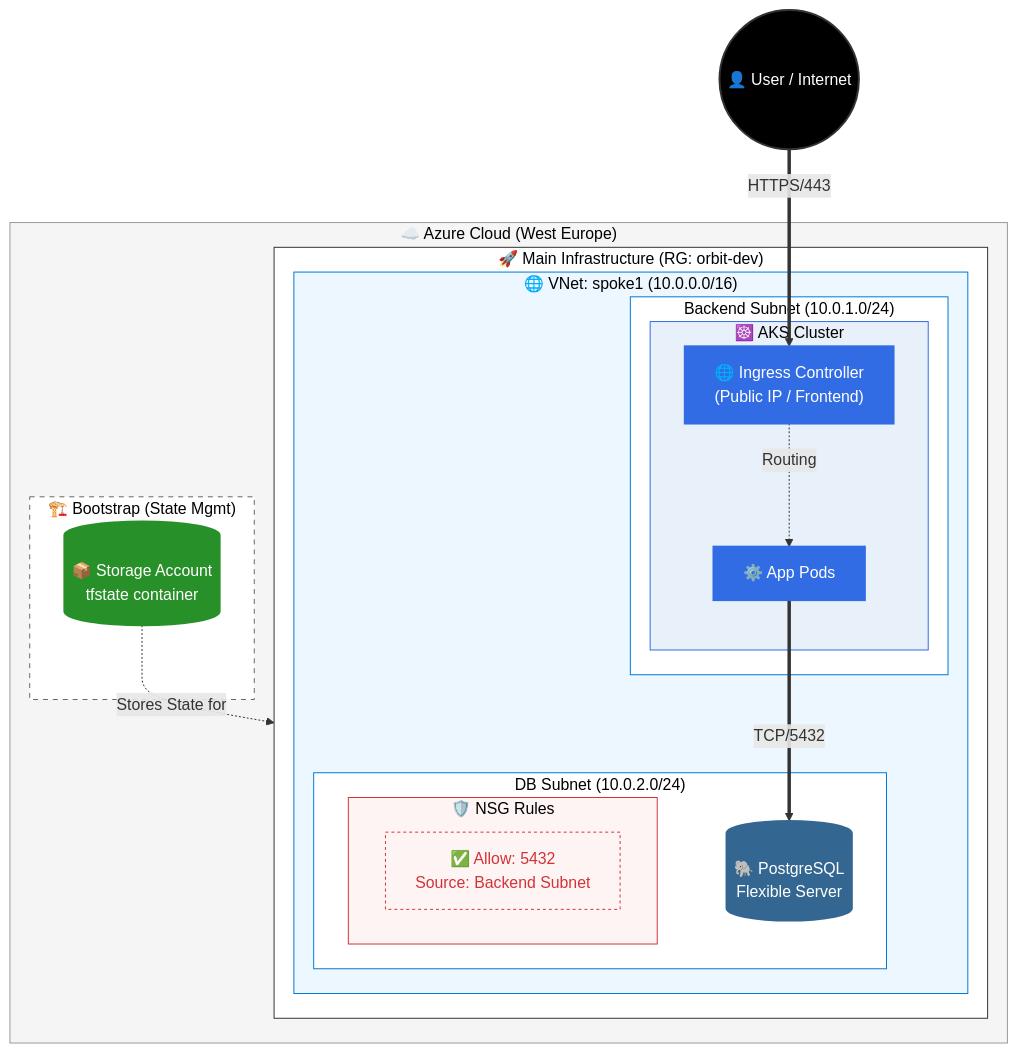
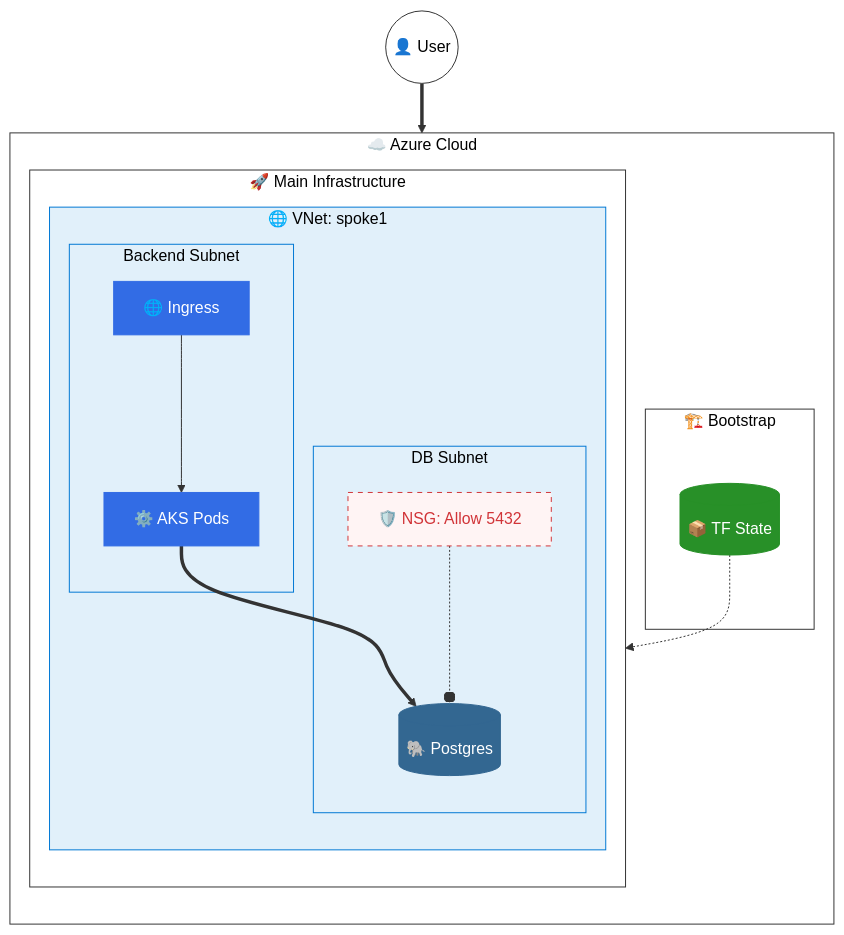
Before and after one commit to Jakubpet91/Orbit: the first of 2 diagrams in diagram.md, drawn with Mermaid.

Commit message:
docs: optimize diagram.md for clarity and structure

````diff
--- a/diagram.md
+++ b/diagram.md
@@ -5,68 +5,50 @@
 ```mermaid
 flowchart TD
-    %% --- DEFINICE STYLŮ ---
-    %% Tmavé nody (zdroje) -> Bílý text
-    classDef user fill:#000000,stroke:#333,stroke-width:2px,color:#fff
-    classDef k8s fill:#326CE5,stroke:#326CE5,stroke-width:2px,color:#fff
-    classDef db fill:#336791,stroke:#336791,stroke-width:2px,color:#fff
-    classDef storage fill:#289028,stroke:#289028,stroke-width:2px,color:#fff
-    
-    %% Světlé nody (pravidla, poznámky) -> Černý text
-    classDef security fill:#FFF4F4,stroke:#D13438,stroke-width:1px,color:#D13438,stroke-dasharray: 3 3
+    %% --- STYLY ---
+    classDef container fill:#fff,stroke:#333,color:#000
+    classDef azure fill:#E1F0FA,stroke:#0078D4,color:#000
+    classDef resource fill:#326CE5,stroke:#326CE5,color:#fff
+    classDef db fill:#336791,stroke:#336791,color:#fff
+    classDef storage fill:#289028,stroke:#289028,color:#fff
+    classDef warning fill:#FFF4F4,stroke:#D13438,stroke-dasharray: 5 5,color:#D13438
 
-    %% --- UŽIVATEL ---
-    User((👤 User / Internet)):::user
+    User((👤 User)):::container
 
-    %% --- AZURE CLOUD ---
-    subgraph Azure["☁️ Azure Cloud (West Europe)"]
-        style Azure fill:#F5F5F5,stroke:#999,stroke-width:1px,color:#000000
-
-        %% --- BOOTSTRAP VRSTVA ---
-        subgraph Bootstrap["🏗️ Bootstrap (State Mgmt)"]
-            style Bootstrap fill:#ffffff,stroke:#666,stroke-dasharray: 5 5,color:#000000
-            TFState[("📦 Storage Account<br/>tfstate container")]:::storage
+    %% --- CLOUD & INFRA ---
+    subgraph Cloud["☁️ Azure Cloud"]
+        direction TB
+        
+        %% Bootstrap
+        subgraph Bootstrap["🏗️ Bootstrap"]
+            TFState[("📦 TF State")]:::storage
         end
 
-        %% --- HLAVNÍ INFRASTRUKTURA ---
-        subgraph MainInfra["🚀 Main Infrastructure (RG: orbit-dev)"]
-            style MainInfra fill:#ffffff,stroke:#333,color:#000000
-
-            %% --- VNET ---
-            subgraph VNet["🌐 VNet: spoke1 (10.0.0.0/16)"]
-                style VNet fill:#EDF7FF,stroke:#0078D4,color:#000000
-
-                %% --- BACKEND SUBNET ---
-                subgraph SubnetAKS["Backend Subnet (10.0.1.0/24)"]
-                    style SubnetAKS fill:#ffffff,stroke:#0078D4,color:#000000
-                    
-                    subgraph AKS["☸️ AKS Cluster"]
-                        style AKS fill:#E8F0F9,stroke:#326CE5,color:#000000
-                        Ingress["🌐 Ingress Controller<br/>(Public IP / Frontend)"]:::k8s
-                        AppPod["⚙️ App Pods"]:::k8s
-                    end
+        %% Main Infra
+        subgraph MainInfra["🚀 Main Infrastructure"]
+            
+            subgraph VNet["🌐 VNet: spoke1"]
+                
+                subgraph BE_Sub["Backend Subnet"]
+                    Ingress["🌐 Ingress"]:::resource
+                    App["⚙️ AKS Pods"]:::resource
                 end
 
-                %% --- DB SUBNET ---
-                subgraph SubnetDB["DB Subnet (10.0.2.0/24)"]
-                    style SubnetDB fill:#ffffff,stroke:#0078D4,color:#000000
-                    
-                    Postgres[("🐘 PostgreSQL<br/>Flexible Server")]:::db
-                    
-                    subgraph NSG["🛡️ NSG Rules"]
-                        style NSG fill:#FFF4F4,stroke:#D13438,color:#000000
-                        Rule1["✅ Allow: 5432<br/>Source: Backend Subnet"]:::security
-                    end
+                subgraph DB_Sub["DB Subnet"]
+                    Postgres[("🐘 Postgres")]:::db
+                    NSG["🛡️ NSG: Allow 5432"]:::warning
                 end
             end
         end
     end
 
-    %% --- PROPOJENÍ ---
-    User == HTTPS/443 ==> Ingress
-    Ingress -.->|Routing| AppPod
-    AppPod == TCP/5432 ==> Postgres
-    
-    %% Vazba NSG a State
-    NSG -.-o SubnetDB
-    TFState -.->|Stores State for| MainInfra
+    %% --- VAZBY ---
+    User ==> Ingress
+    Ingress --> App
+    App ==> Postgres
+    NSG -.-o Postgres
+    TFState -.-> MainInfra
+
+    %% --- APLIKACE BAREV (Styling) ---
+    class Cloud,MainInfra,Bootstrap container
+    class VNet,BE_Sub,DB_Sub azure
 ```
````
